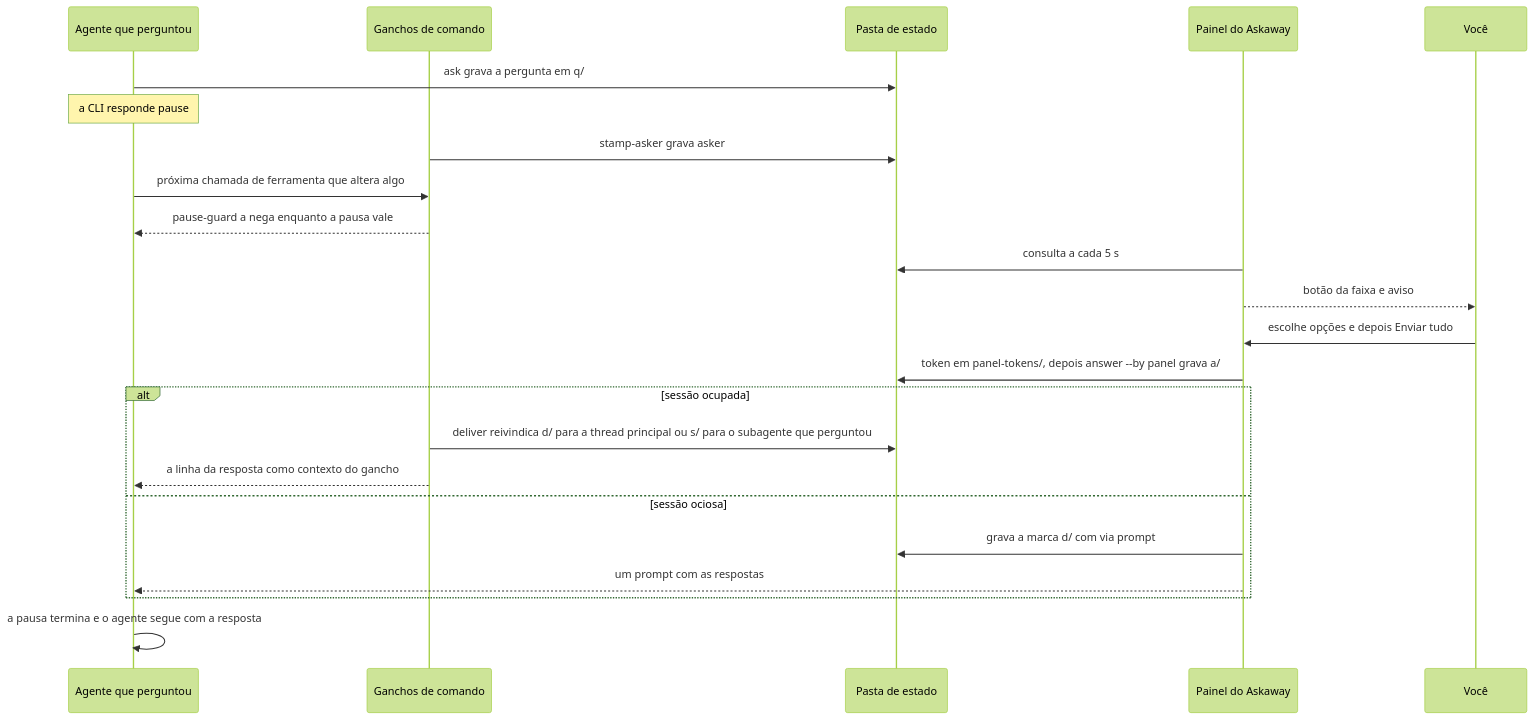
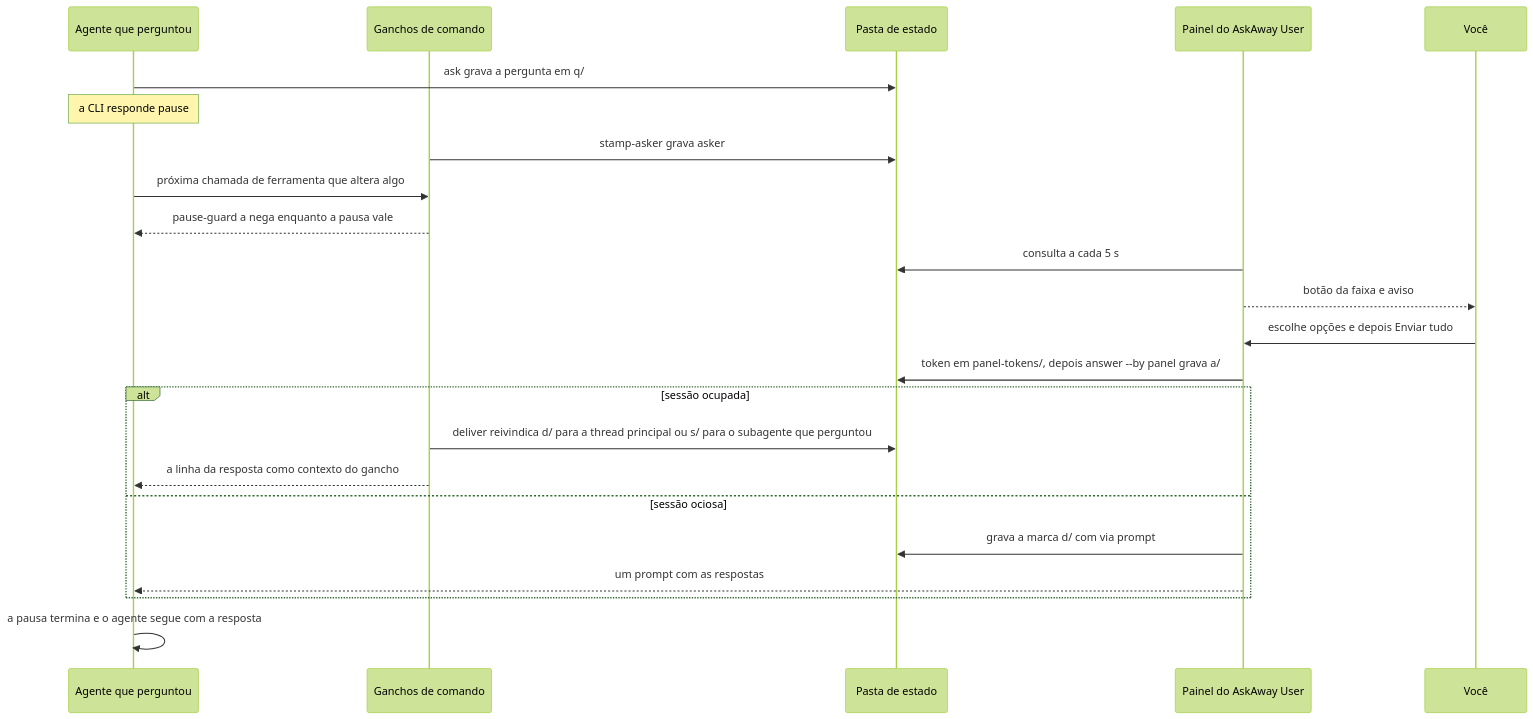
One commit to KeepGlide/askaway changed the second of 2 diagrams in README.pt-BR.md. Above: the diagram before and after it, drawn with Mermaid (forest theme). The commit also changed other lines of this file and 28 other files, not shown here.

````diff
--- a/README.pt-BR.md
+++ b/README.pt-BR.md
@@ -151,25 +151,25 @@
 ```mermaid
 sequenceDiagram
     participant Agent as Agente que perguntou
     participant Hooks as Ganchos de comando
     participant Folder as Pasta de estado
-    participant Panel as Painel do Askaway
+    participant Panel as Painel do AskAway User
     participant You as Você
     Agent->>Folder: ask grava a pergunta em q/
     Note over Agent: a CLI responde pause
     Hooks->>Folder: stamp-asker grava asker
     Agent->>Hooks: próxima chamada de ferramenta que altera algo
     Hooks-->>Agent: pause-guard a nega enquanto a pausa vale
     Panel->>Folder: consulta a cada 5 s
     Panel-->>You: botão da faixa e aviso
     You->>Panel: escolhe opções e depois Enviar tudo
     Panel->>Folder: token em panel-tokens/, depois answer --by panel grava a/
     alt sessão ocupada
         Hooks->>Folder: deliver reivindica d/ para a thread principal ou s/ para o subagente que perguntou
         Hooks-->>Agent: a linha da resposta como contexto do gancho
     else sessão ociosa
         Panel->>Folder: grava a marca d/ com via prompt
         Panel-->>Agent: um prompt com as respostas
     end
     Agent->>Agent: a pausa termina e o agente segue com a resposta
 ```
````
